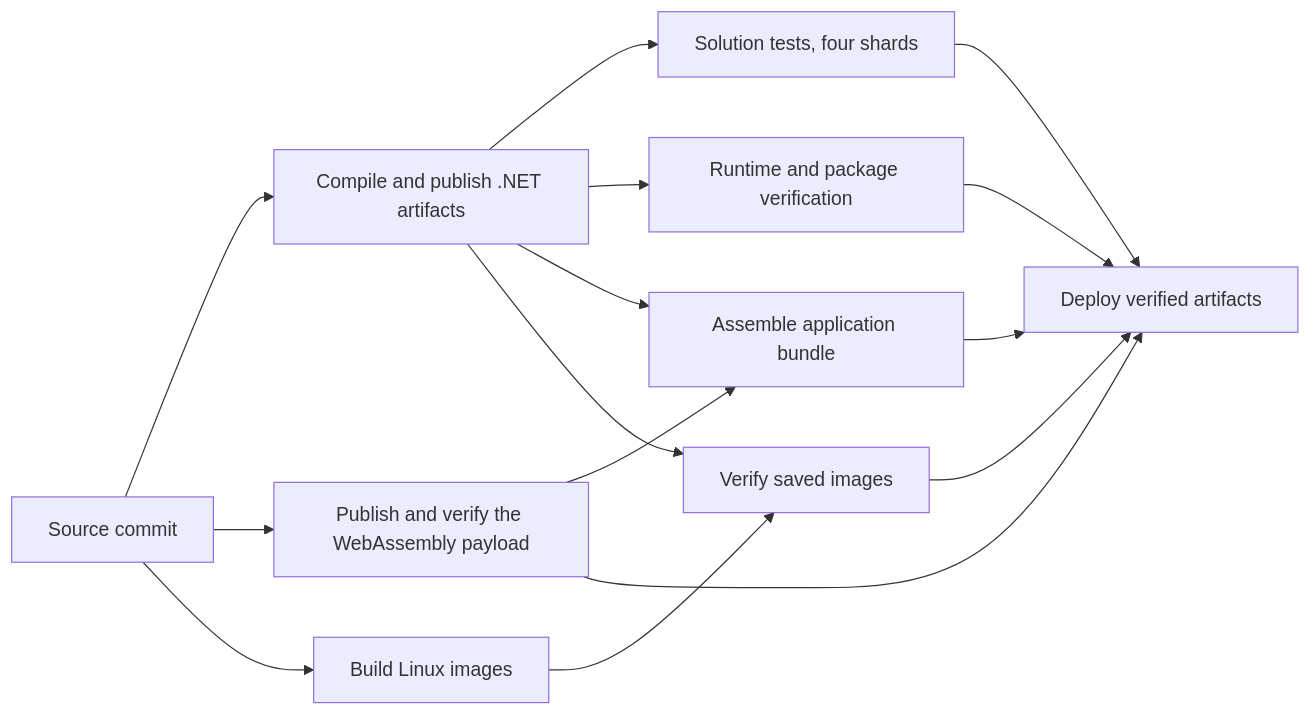
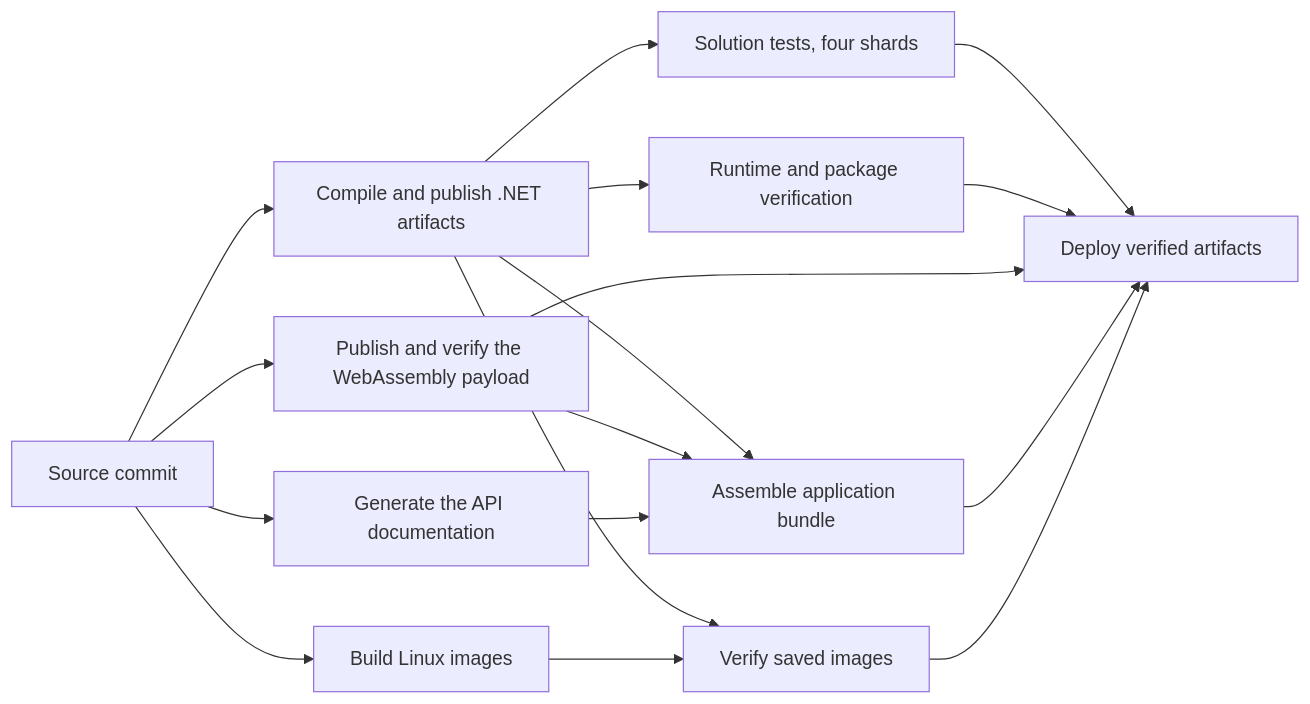
One commit to ByteTerrace/Puck changed the diagram in docs/development/ci.md. Above: the diagram before and after it, drawn with Mermaid. The commit also changed other lines of this file and 12 other files, not shown here.

First line of the commit message:
ci: generate the API docs beside the build and cache the dashboard's Brotli staging

````diff
--- a/docs/development/ci.md
+++ b/docs/development/ci.md
@@ -256,17 +260,19 @@
 ```mermaid
 flowchart LR
     source[Source commit] --> managed[Compile and publish .NET artifacts]
     source --> browser[Publish and verify the WebAssembly payload]
+    source --> docs[Generate the API documentation]
     source --> images[Build Linux images]
     managed --> tests[Solution tests, four shards]
     managed --> runtime[Runtime and package verification]
     managed --> bundle[Assemble application bundle]
     browser --> bundle
+    docs --> bundle
     managed --> containers[Verify saved images]
     images --> containers
     tests --> deploy[Deploy verified artifacts]
     runtime --> deploy
     browser --> deploy
     bundle --> deploy
     containers --> deploy
 ```
````
